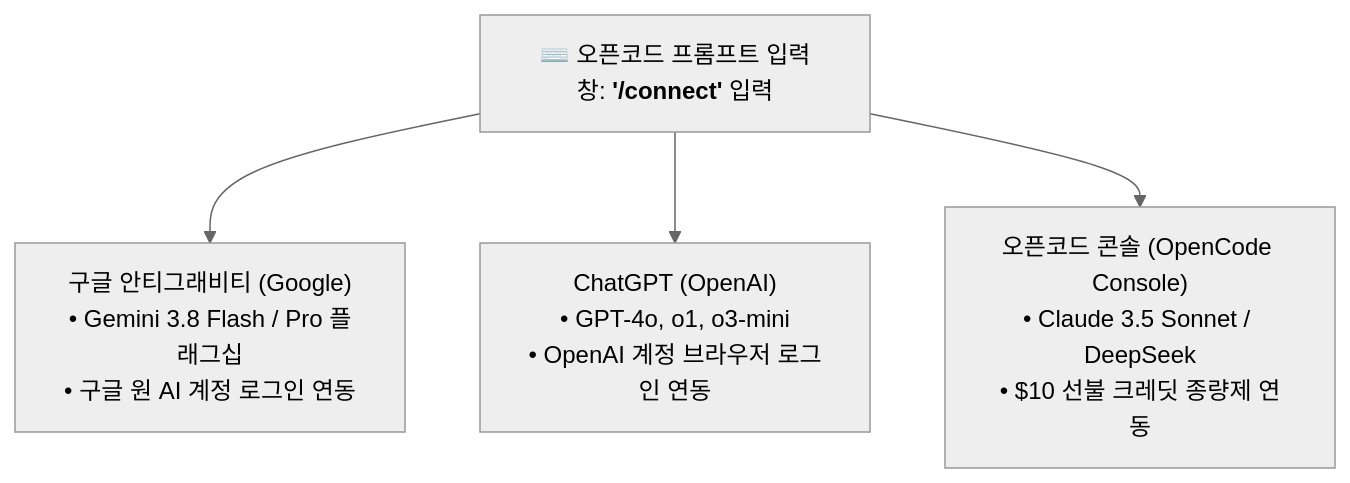
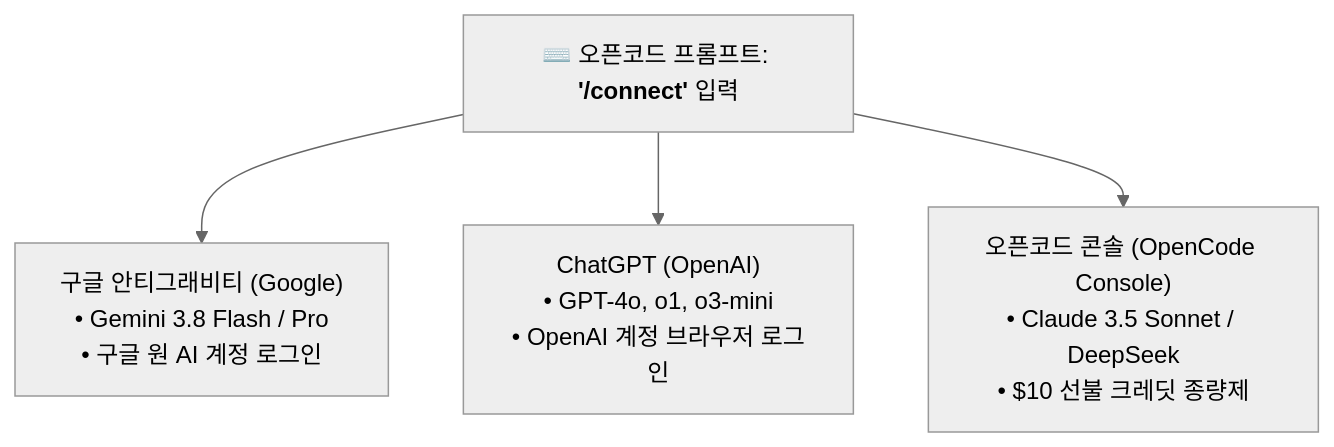
The diagram in 오픈코드08.md (gilson0516/opencode-guide), drawn with Mermaid (neutral theme) before and after one commit. The commit also changed other lines of this file and 30 other files, not shown here.

Commit message:
docs: refine OpenCode series and README index

````diff
--- a/오픈코드08.md
+++ b/오픈코드08.md
@@ -26,6 +8,6 @@
 ```mermaid
 flowchart TD
-    Cmd["⌨️ 오픈코드 프롬프트 입력창: <b>'/connect'</b> 입력"] --> P1["구글 안티그래비티 (Google)<br>• Gemini 3.8 Flash / Pro 플래그십<br>• 구글 원 AI 계정 로그인 연동"]
-    Cmd --> P2["ChatGPT (OpenAI)<br>• GPT-4o, o1, o3-mini<br>• OpenAI 계정 브라우저 로그인 연동"]
-    Cmd --> P3["오픈코드 콘솔 (OpenCode Console)<br>• Claude 3.5 Sonnet / DeepSeek<br>• $10 선불 크레딧 종량제 연동"]
+    Cmd["⌨️ 오픈코드 프롬프트: <b>'/connect'</b> 입력"] --> P1["구글 안티그래비티 (Google)<br>• Gemini 3.8 Flash / Pro<br>• 구글 원 AI 계정 로그인"]
+    Cmd --> P2["ChatGPT (OpenAI)<br>• GPT-4o, o1, o3-mini<br>• OpenAI 계정 브라우저 로그인"]
+    Cmd --> P3["오픈코드 콘솔 (OpenCode Console)<br>• Claude 3.5 Sonnet / DeepSeek<br>• $10 선불 크레딧 종량제"]
 ```
````
